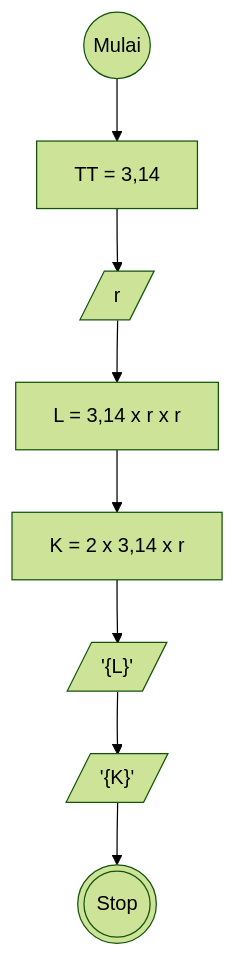
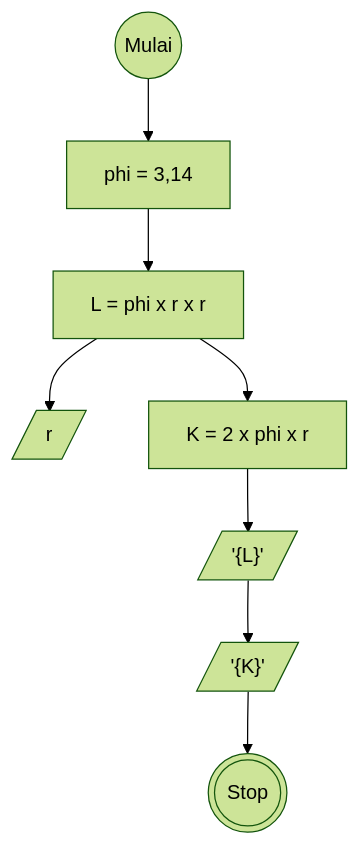
One commit to MuhamadRafliShidiq/koda-b8-algoritma changed the diagram in luas-dan-keliling.md. Above: the diagram before and after it, drawn with Mermaid (forest theme).

````diff
--- a/luas-dan-keliling.md
+++ b/luas-dan-keliling.md
@@ -21,22 +21,22 @@
 ```mermaid
 
     flowchart TD
 
     a@{ shape: circle, label: "Mulai" }
-    b@{ shape: rect, label: "TT = 3,14" }
+    b@{ shape: rect, label: "phi = 3,14" }
     c@{ shape: lean-r, label: " r" }
-    d@{ shape: rect, label: "L = 3,14 x r x r " }
-    e@{ shape: rect, label: "K = 2 x 3,14 x r " }
+    d@{ shape: rect, label: "L = phi x r x r " }
+    e@{ shape: rect, label: "K = 2 x phi x r " }
     f@{ shape: lean-r, label: "'{L}'" }
     g@{ shape: lean-r, label: "'{K}'" }
     h@{ shape: dbl-circ, label: "Stop" }
 
     a --> b
-    b --> c
-    c --> d
+    b --> d
+    d --> c
     d --> e
     e --> f
     f --> g
     g --> h
 
 ```
````
